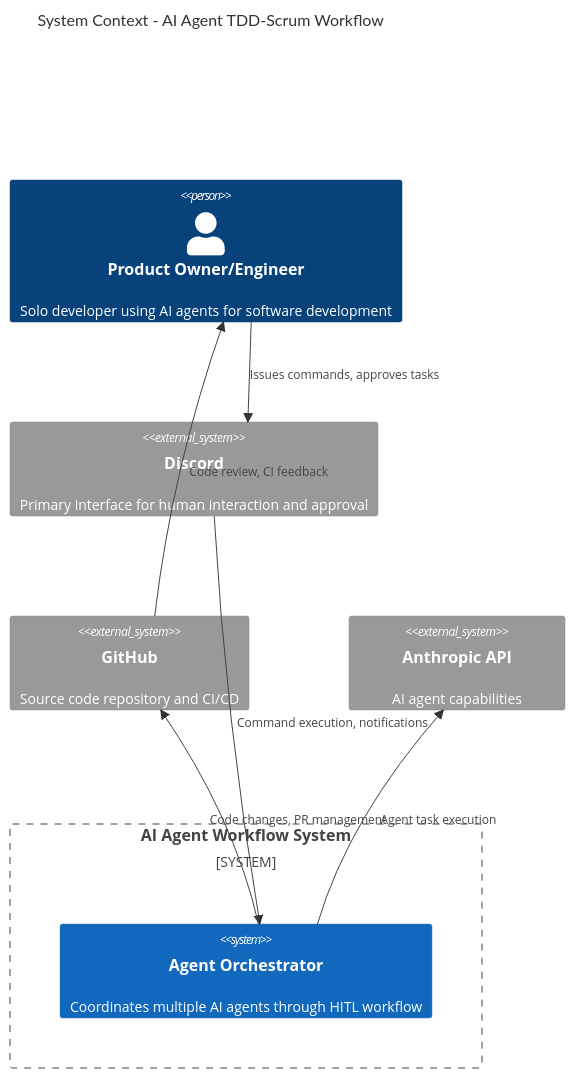
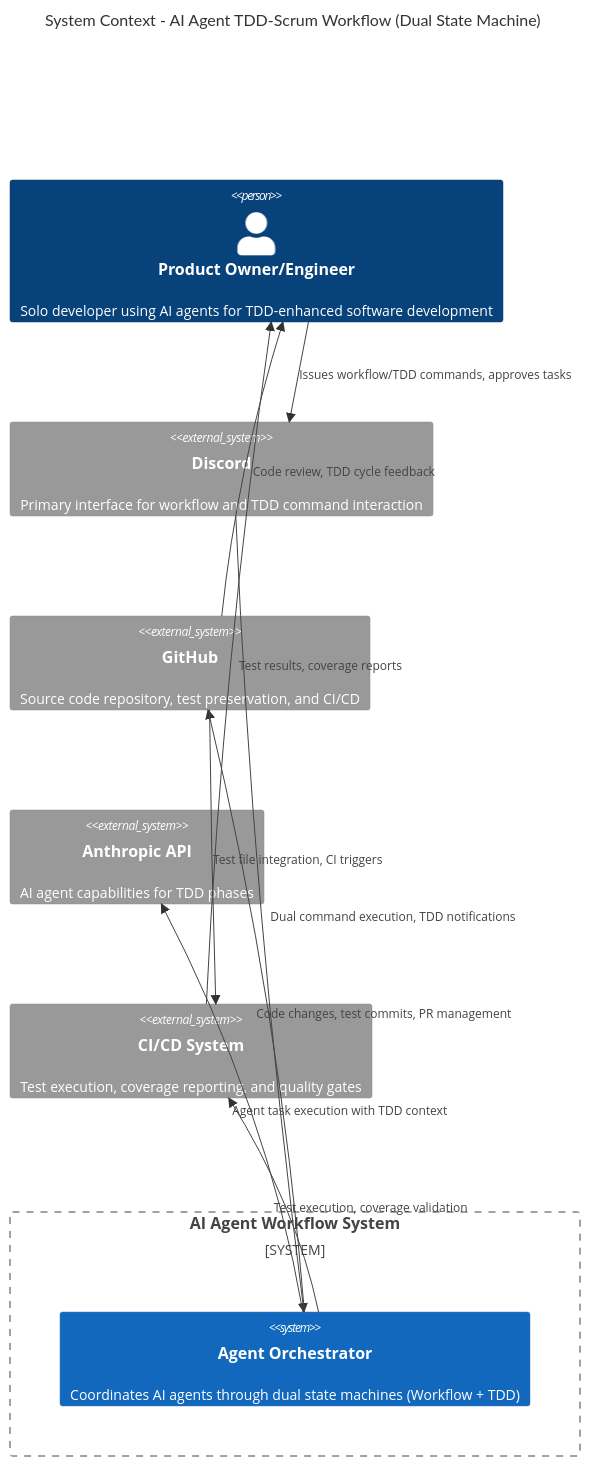
Before and after one commit to jmontp/agent-workflow: the diagram in docs_src/advanced/context.md, drawn with Mermaid. The commit also changed other lines of this file and 9 other files, not shown here.

First line of the commit message:
Update advanced documentation for dual state machine architecture with TDD integration

````diff
--- a/docs_src/advanced/context.md
+++ b/docs_src/advanced/context.md
@@ -5,20 +7,24 @@
 ```mermaid
 C4Context
-    title System Context - AI Agent TDD-Scrum Workflow
+    title System Context - AI Agent TDD-Scrum Workflow (Dual State Machine)
 
-    Person(user, "Product Owner/Engineer", "Solo developer using AI agents for software development")
+    Person(user, "Product Owner/Engineer", "Solo developer using AI agents for TDD-enhanced software development")
     
     System_Boundary(system, "AI Agent Workflow System") {
-        System(orchestrator, "Agent Orchestrator", "Coordinates multiple AI agents through HITL workflow")
+        System(orchestrator, "Agent Orchestrator", "Coordinates AI agents through dual state machines (Workflow + TDD)")
     }
     
-    System_Ext(discord, "Discord", "Primary interface for human interaction and approval")
-    System_Ext(github, "GitHub", "Source code repository and CI/CD")
-    System_Ext(anthropic, "Anthropic API", "AI agent capabilities")
+    System_Ext(discord, "Discord", "Primary interface for workflow and TDD command interaction")
+    System_Ext(github, "GitHub", "Source code repository, test preservation, and CI/CD")
+    System_Ext(anthropic, "Anthropic API", "AI agent capabilities for TDD phases")
+    System_Ext(ci_system, "CI/CD System", "Test execution, coverage reporting, and quality gates")
     
-    Rel(user, discord, "Issues commands, approves tasks")
-    Rel(discord, orchestrator, "Command execution, notifications")
-    Rel(orchestrator, github, "Code changes, PR management")
-    Rel(orchestrator, anthropic, "Agent task execution")
-    Rel(github, user, "Code review, CI feedback")
+    Rel(user, discord, "Issues workflow/TDD commands, approves tasks")
+    Rel(discord, orchestrator, "Dual command execution, TDD notifications")
+    Rel(orchestrator, github, "Code changes, test commits, PR management")
+    Rel(orchestrator, anthropic, "Agent task execution with TDD context")
+    Rel(orchestrator, ci_system, "Test execution, coverage validation")
+    Rel(github, user, "Code review, TDD cycle feedback")
+    Rel(ci_system, user, "Test results, coverage reports")
+    Rel(github, ci_system, "Test file integration, CI triggers")
 ```
````
